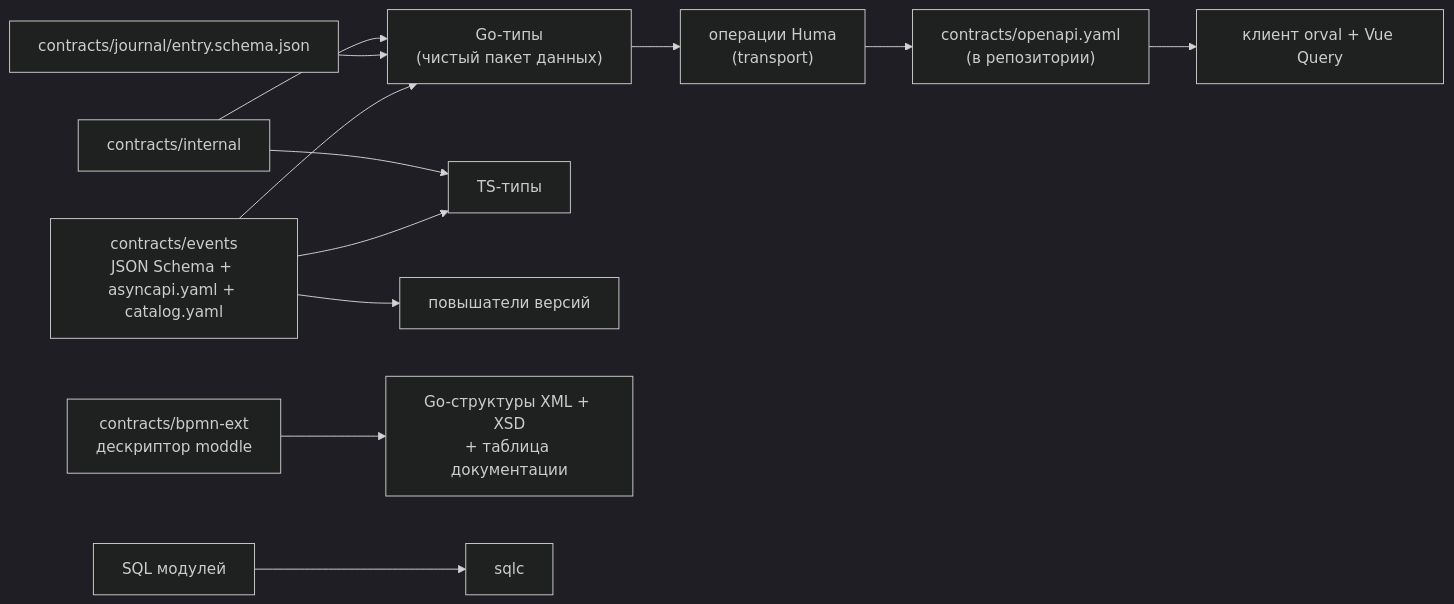
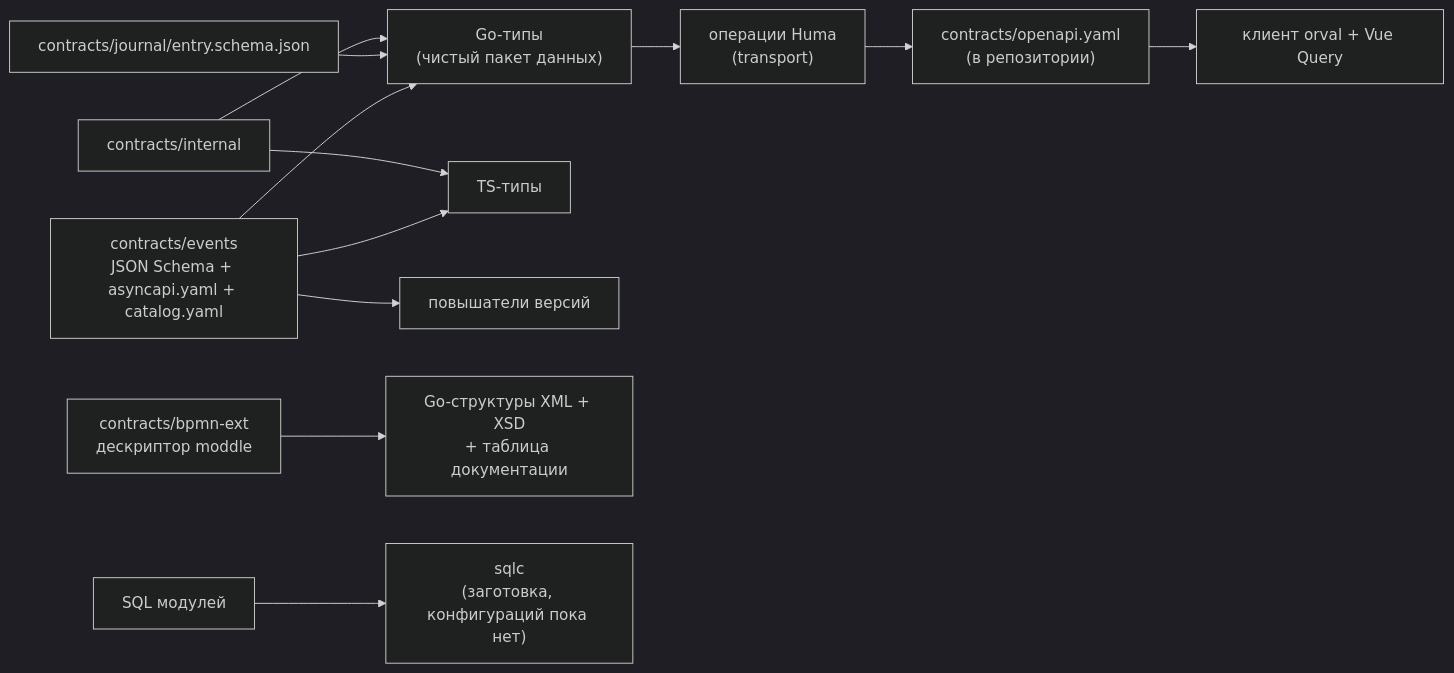
Before and after one commit to lehard/cosmos_hack: the diagram in docs/specifications.md, drawn with Mermaid (dark theme). The commit also changed other lines of this file and 12 other files, not shown here.

````diff
--- a/docs/specifications.md
+++ b/docs/specifications.md
@@ -13,14 +13,14 @@
 ```mermaid
 flowchart LR
   EV["contracts/events<br/>JSON Schema + asyncapi.yaml + catalog.yaml"] --> GO["Go-типы<br/>(чистый пакет данных)"]
   EV --> TS["TS-типы"]
   EV --> UP["повышатели версий"]
   JR["contracts/journal/entry.schema.json"] --> GO
   INT["contracts/internal"] --> GO
   INT --> TS
   GO --> HUMA["операции Huma<br/>(transport)"]
   HUMA --> OA["contracts/openapi.yaml<br/>(в репозитории)"]
   OA --> ORV["клиент orval + Vue Query"]
   BX["contracts/bpmn-ext<br/>дескриптор moddle"] --> BXG["Go-структуры XML + XSD<br/>+ таблица документации"]
-  SQL["SQL модулей"] --> SQLC["sqlc"]
+  SQL["SQL модулей"] --> SQLC["sqlc<br/>(заготовка, конфигураций пока нет)"]
 ```
````
